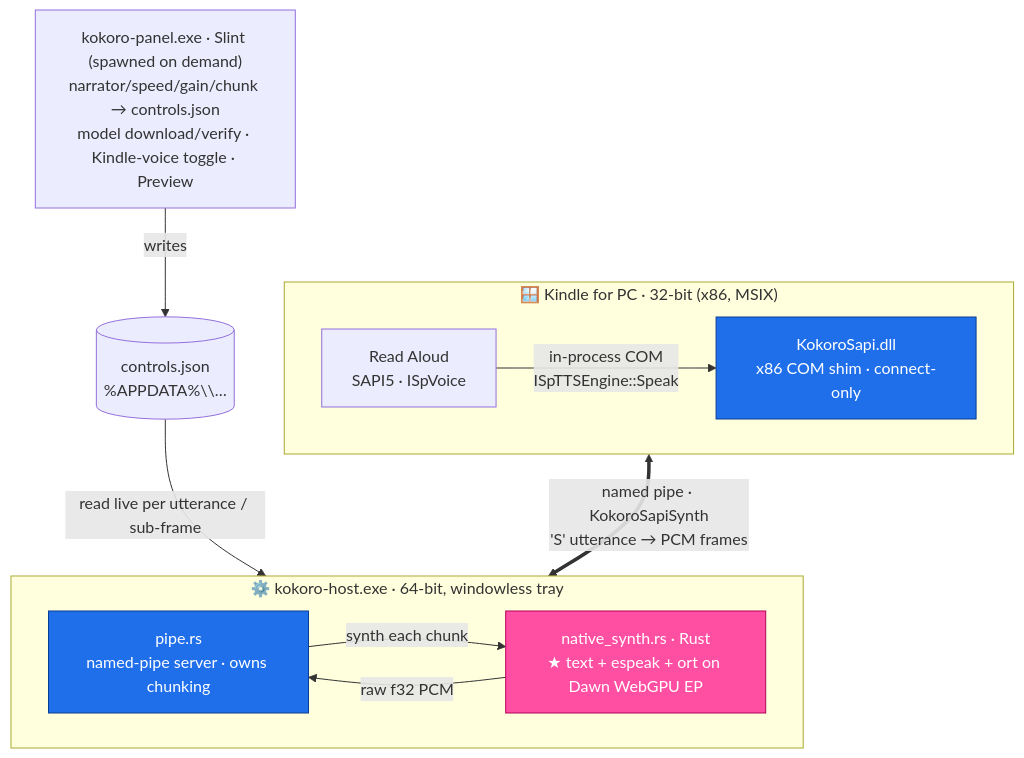
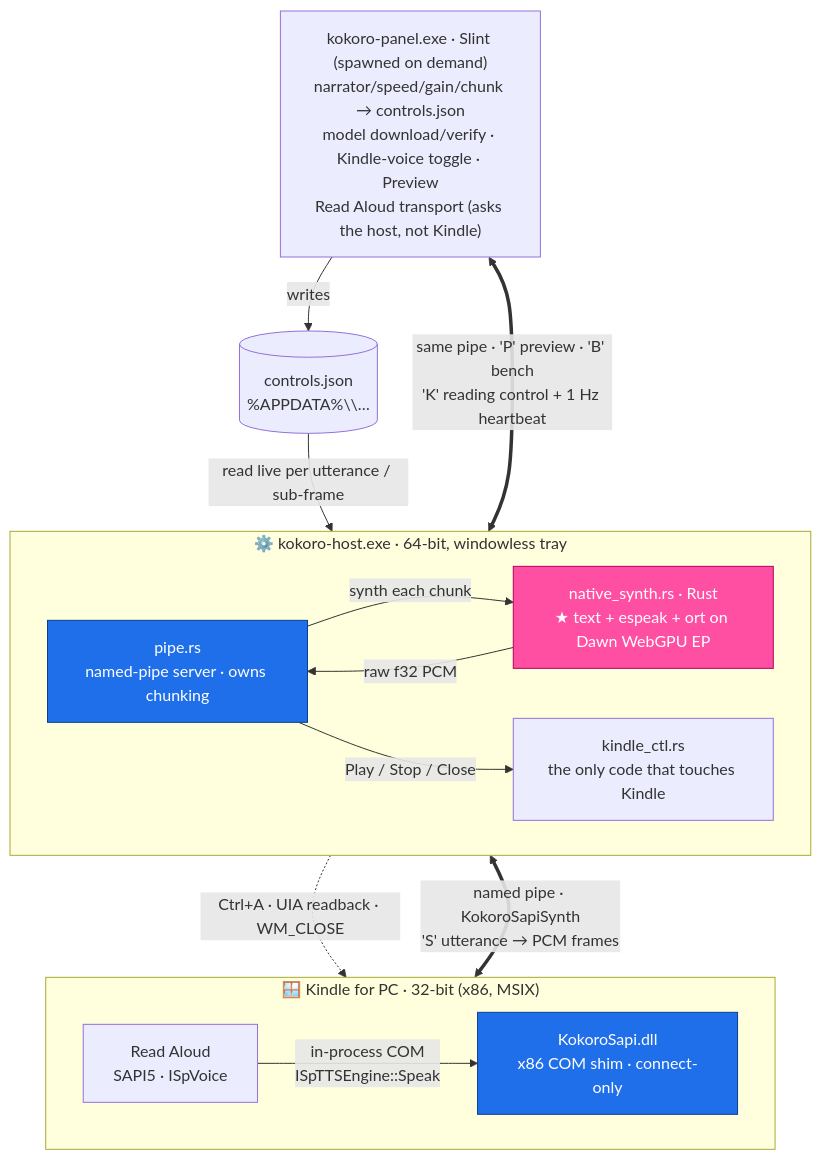
The diagram in ARCHITECTURE.md (phc260/kokoro-kindle-reader), drawn with Mermaid before and after one commit. The commit also changed other lines of this file and 19 other files, not shown here.

````diff
--- a/ARCHITECTURE.md
+++ b/ARCHITECTURE.md
@@ -22,29 +22,33 @@
 ```mermaid
 flowchart TB
   subgraph K["🪟 Kindle for PC · 32-bit (x86, MSIX)"]
     direction LR
     RA["Read Aloud<br/>SAPI5 · ISpVoice"]
     DLL["KokoroSapi.dll<br/>x86 COM shim · connect-only"]
     RA -->|"in-process COM<br/>ISpTTSEngine::Speak"| DLL
   end
 
   subgraph H["⚙️ kokoro-host.exe · 64-bit, windowless tray"]
     direction LR
     PIPE["pipe.rs<br/>named-pipe server · owns chunking"]
     SYNTH["native_synth.rs · Rust<br/>★ text + espeak + ort on Dawn WebGPU EP"]
+    CTL["kindle_ctl.rs<br/>the only code that touches Kindle"]
     PIPE -->|"synth each chunk"| SYNTH
     SYNTH -->|"raw f32 PCM"| PIPE
+    PIPE -->|"Play / Stop / Close"| CTL
   end
 
-  PANEL["kokoro-panel.exe · Slint (spawned on demand)<br/>narrator/speed/gain/chunk → controls.json<br/>model download/verify · Kindle-voice toggle · Preview"]
+  PANEL["kokoro-panel.exe · Slint (spawned on demand)<br/>narrator/speed/gain/chunk → controls.json<br/>model download/verify · Kindle-voice toggle · Preview<br/>Read Aloud transport (asks the host, not Kindle)"]
   CFG[("controls.json<br/>%APPDATA%\\…")]
   PANEL -->|writes| CFG
   CFG -->|"read live per utterance / sub-frame"| PIPE
 
   DLL <==>|"named pipe · KokoroSapiSynth<br/>'S' utterance → PCM frames"| PIPE
+  PANEL <==>|"same pipe · 'P' preview · 'B' bench<br/>'K' reading control + 1 Hz heartbeat"| PIPE
+  CTL -.->|"Ctrl+A · UIA readback · WM_CLOSE"| RA
 
   classDef engine fill:#ff4fa3,stroke:#b30059,color:#ffffff;
   classDef shim fill:#1f6feb,stroke:#0b3d91,color:#ffffff;
   class SYNTH engine
   class DLL,PIPE shim
 ```
````
